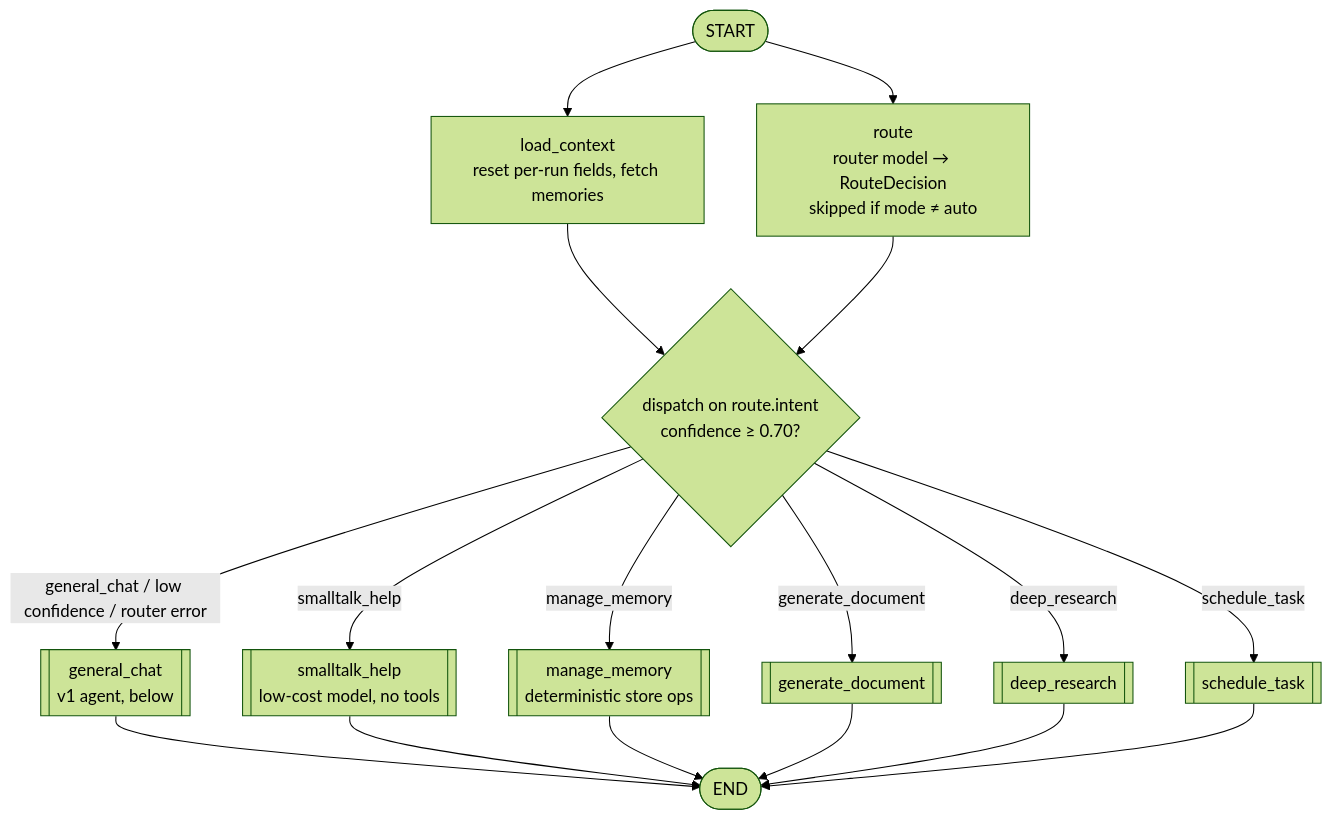
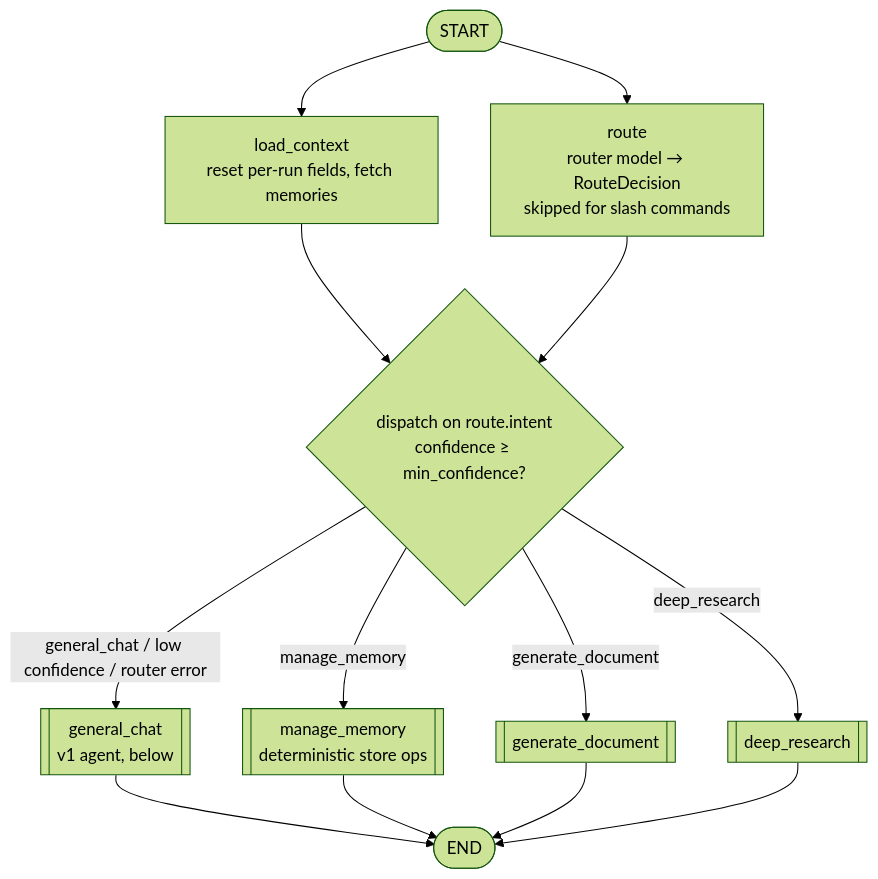
Before and after one commit to dinesh24murali/nexus-ai: the second of 3 diagrams in docs/02_outputs/08_ai_system_design.md, drawn with Mermaid (forest theme). The commit also changed other lines of this file and 22 other files, not shown here.

````diff
--- a/docs/02_outputs/08_ai_system_design.md
+++ b/docs/02_outputs/08_ai_system_design.md
@@ -105,14 +96,12 @@
 ```mermaid
 flowchart TD
   S([START]) --> LC[load_context<br/>reset per-run fields, fetch memories]
-  S --> RT[route<br/>router model → RouteDecision<br/>skipped if mode ≠ auto]
-  LC --> D{dispatch on route.intent<br/>confidence ≥ 0.70?}
+  S --> RT[route<br/>router model → RouteDecision<br/>skipped for slash commands]
+  LC --> D{dispatch on route.intent<br/>confidence ≥ min_confidence?}
   RT --> D
   D -- general_chat / low confidence / router error --> GC[[general_chat<br/>v1 agent, below]]
-  D -- smalltalk_help --> SH[[smalltalk_help<br/>low-cost model, no tools]]
   D -- manage_memory --> MM[[manage_memory<br/>deterministic store ops]]
   D -- generate_document --> GD[[generate_document]]
   D -- deep_research --> DR[[deep_research]]
-  D -- schedule_task --> ST[[schedule_task]]
-  GC & SH & MM & GD & DR & ST --> E([END])
+  GC & MM & GD & DR --> E([END])
 ```
````
